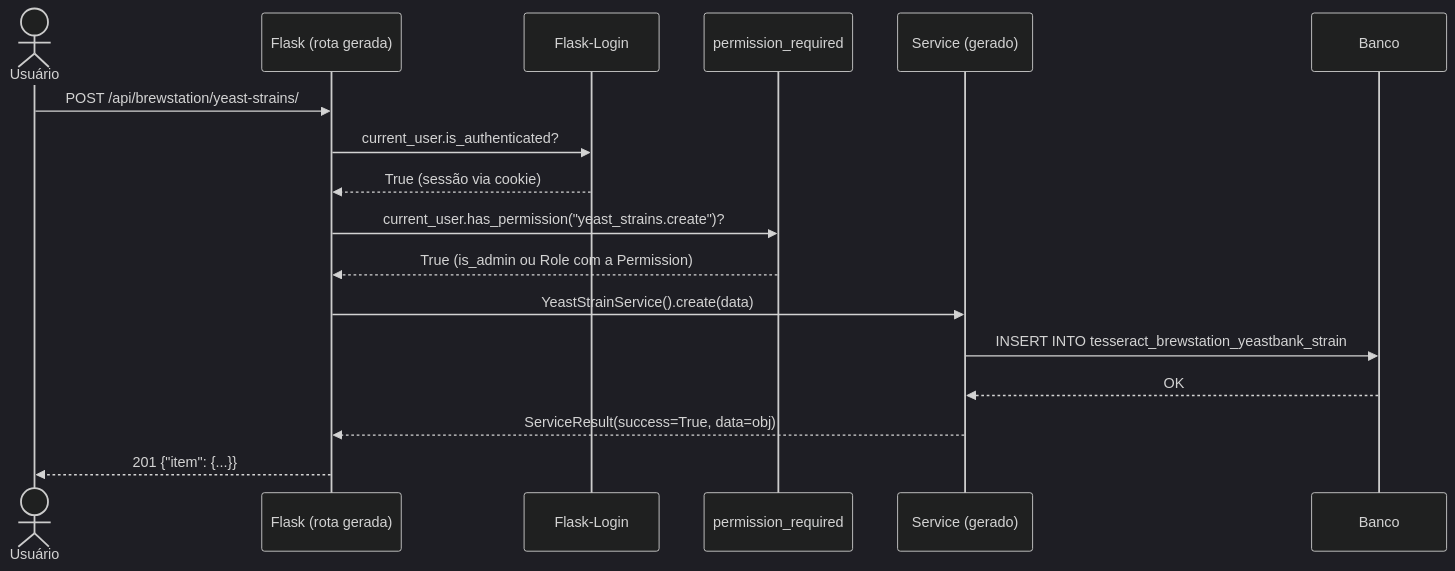
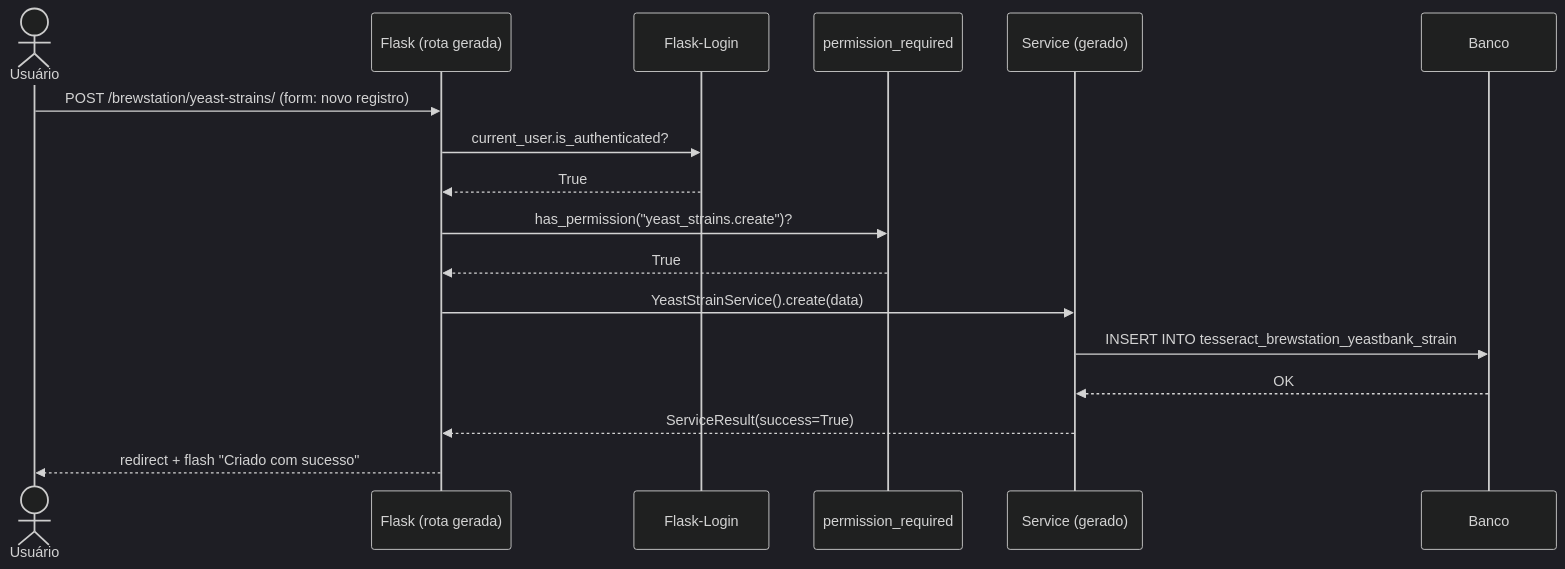
Before and after one commit to ChristopherNicolasSMM/Tesseract: the third of 5 diagrams in docs/technical/03-fluxos.md, drawn with Mermaid (dark theme). The commit also changed other lines of this file and 23 other files, not shown here.

````diff
--- a/docs/technical/03-fluxos.md
+++ b/docs/technical/03-fluxos.md
@@ -30,20 +47,20 @@
 ```mermaid
 sequenceDiagram
     actor U as Usuário
     participant F as Flask (rota gerada)
     participant L as Flask-Login
     participant P as permission_required
     participant S as Service (gerado)
     participant DB as Banco
 
-    U->>F: POST /api/brewstation/yeast-strains/
+    U->>F: POST /brewstation/yeast-strains/ (form: novo registro)
     F->>L: current_user.is_authenticated?
-    L-->>F: True (sessão via cookie)
-    F->>P: current_user.has_permission("yeast_strains.create")?
-    P-->>F: True (is_admin ou Role com a Permission)
+    L-->>F: True
+    F->>P: has_permission("yeast_strains.create")?
+    P-->>F: True
     F->>S: YeastStrainService().create(data)
     S->>DB: INSERT INTO tesseract_brewstation_yeastbank_strain
     DB-->>S: OK
-    S-->>F: ServiceResult(success=True, data=obj)
-    F-->>U: 201 {"item": {...}}
+    S-->>F: ServiceResult(success=True)
+    F-->>U: redirect + flash "Criado com sucesso"
 ```
````
